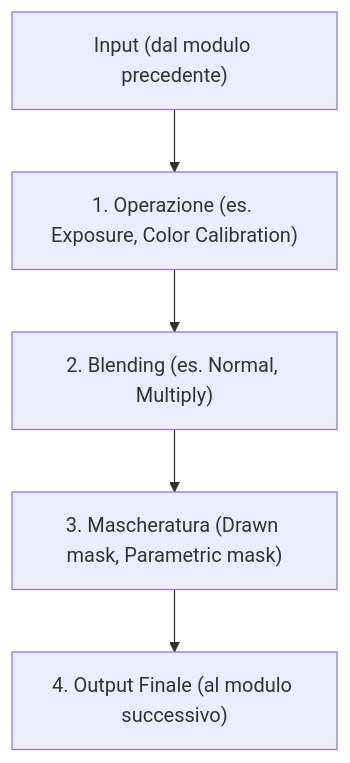
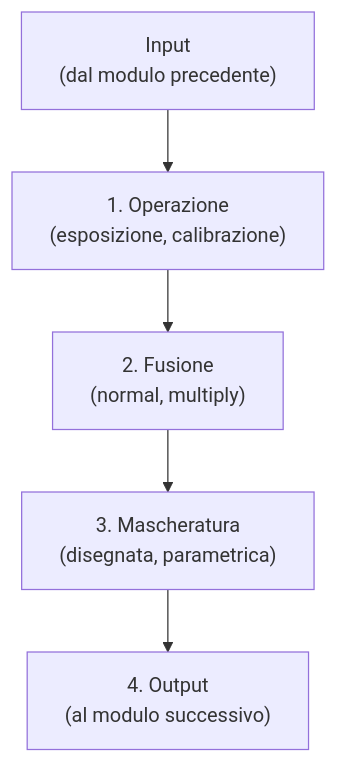
One commit to lorenzoperone/darktable-docs changed the diagram in docs/pipeline/anatomia-modulo.md. Above: the diagram before and after it, drawn with Mermaid. The commit also changed 40 other files, not shown here.

First line of the commit message:
fix: reformatta diagrammi Mermaid — etichette brevi, break line, italiano

````diff
--- a/docs/pipeline/anatomia-modulo.md
+++ b/docs/pipeline/anatomia-modulo.md
@@ -25,4 +25,4 @@
 ```mermaid
 flowchart TD
-    A["Input (dal modulo precedente)"] --> B["1. Operazione (es. Exposure, Color Calibration)"] --> C["2. Blending (es. Normal, Multiply)"] --> D["3. Mascheratura (Drawn mask, Parametric mask)"] --> E["4. Output Finale (al modulo successivo)"]
+    A["Input<br/>(dal modulo precedente)"] --> B["1. Operazione<br/>(esposizione, calibrazione)"] --> C["2. Fusione<br/>(normal, multiply)"] --> D["3. Mascheratura<br/>(disegnata, parametrica)"] --> E["4. Output<br/>(al modulo successivo)"]
 ```
````
